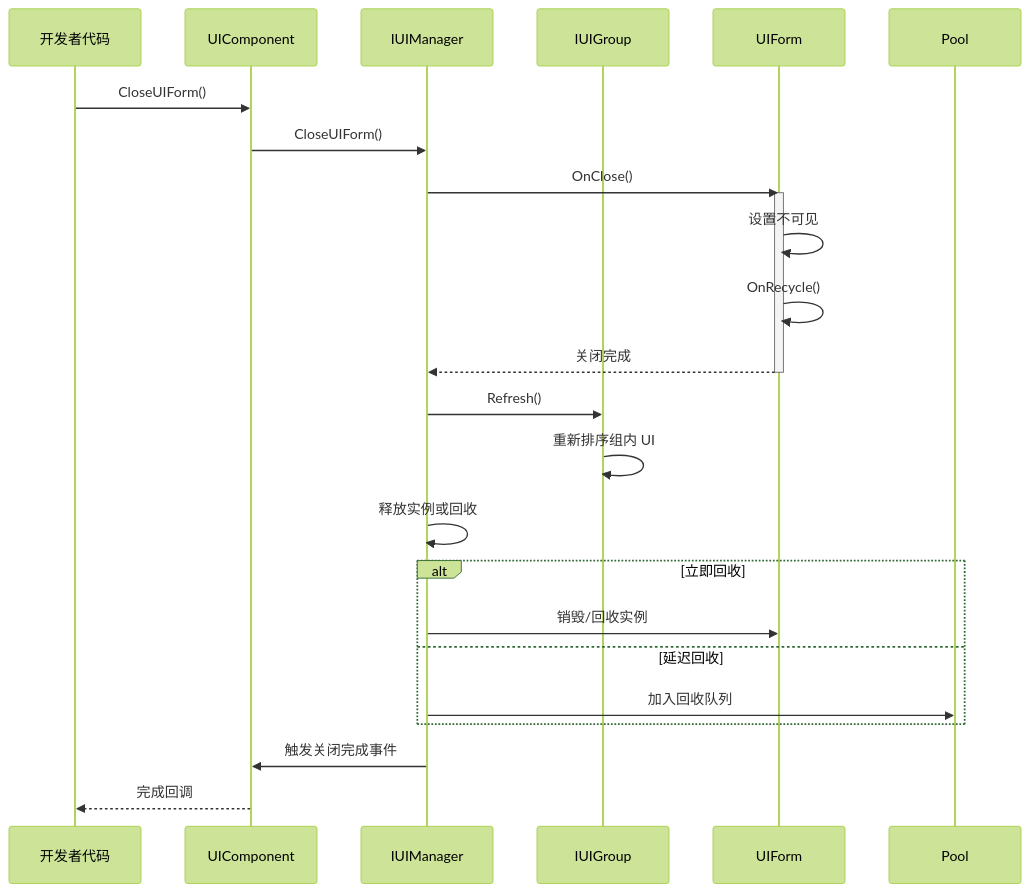
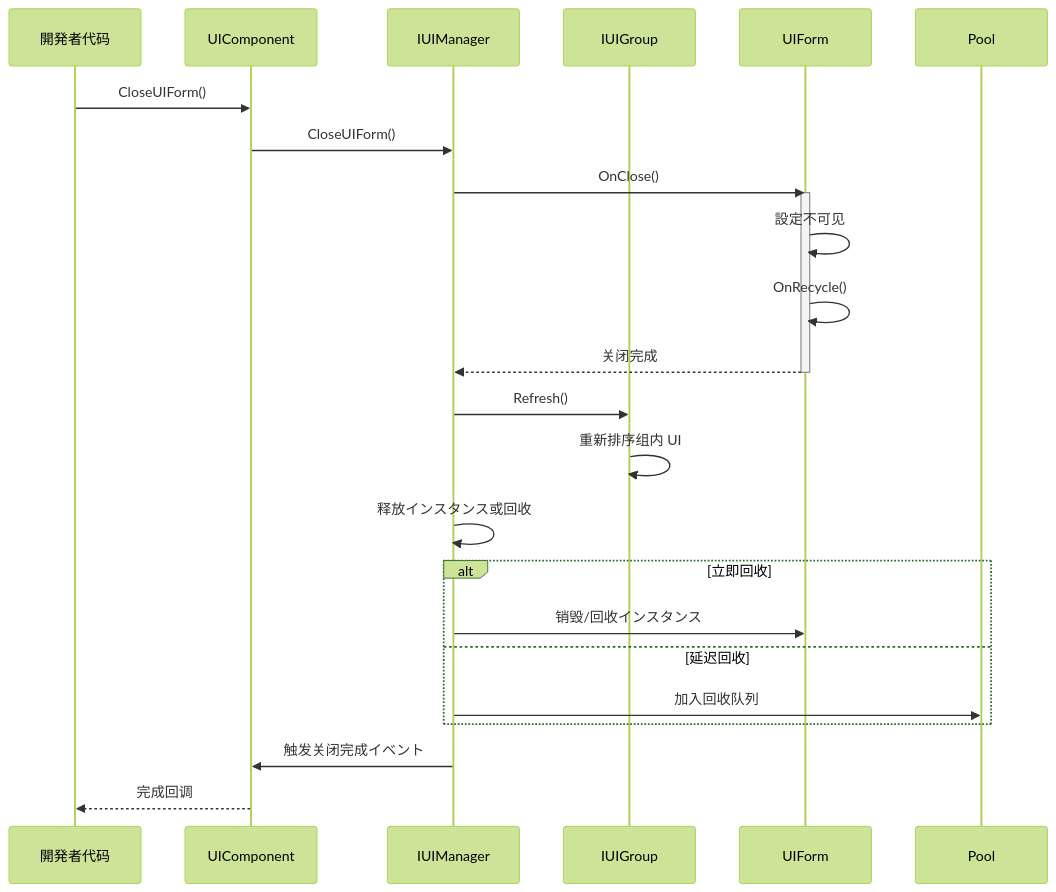
The fifth of 5 diagrams in docs/ja/client/unity/component/ui/01.overview.md (AlianBlank/GameFrameX.Docs), drawn with Mermaid (forest theme) before and after one commit. The commit also changed other lines of this file and 603 other files, not shown here.

````diff
--- a/docs/ja/client/unity/component/ui/01.overview.md
+++ b/docs/ja/client/unity/component/ui/01.overview.md
@@ -317,32 +317,32 @@
 ```mermaid
 sequenceDiagram
-    participant Client as 开发者代码
+    participant Client as 開発者代码
     participant UIComp as UIComponent
     participant Manager as IUIManager
     participant Group as IUIGroup
     participant Form as UIForm
 
     Client->>UIComp: CloseUIForm()
     UIComp->>Manager: CloseUIForm()
     
     Manager->>Form: OnClose()
     activate Form
-    Form->>Form: 设置不可见
+    Form->>Form: 設定不可见
     Form->>Form: OnRecycle()
     Form-->>Manager: 关闭完成
     deactivate Form
     
     Manager->>Group: Refresh()
     Group->>Group: 重新排序组内 UI
     
-    Manager->>Manager: 释放实例或回收
+    Manager->>Manager: 释放インスタンス或回收
     
     alt 立即回收
-        Manager->>Form: 销毁/回收实例
+        Manager->>Form: 销毁/回收インスタンス
     else 延迟回收
         Manager->>Pool: 加入回收队列
     end
     
-    Manager->>UIComp: 触发关闭完成事件
+    Manager->>UIComp: 触发关闭完成イベント
     UIComp-->>Client: 完成回调
 ```
````
